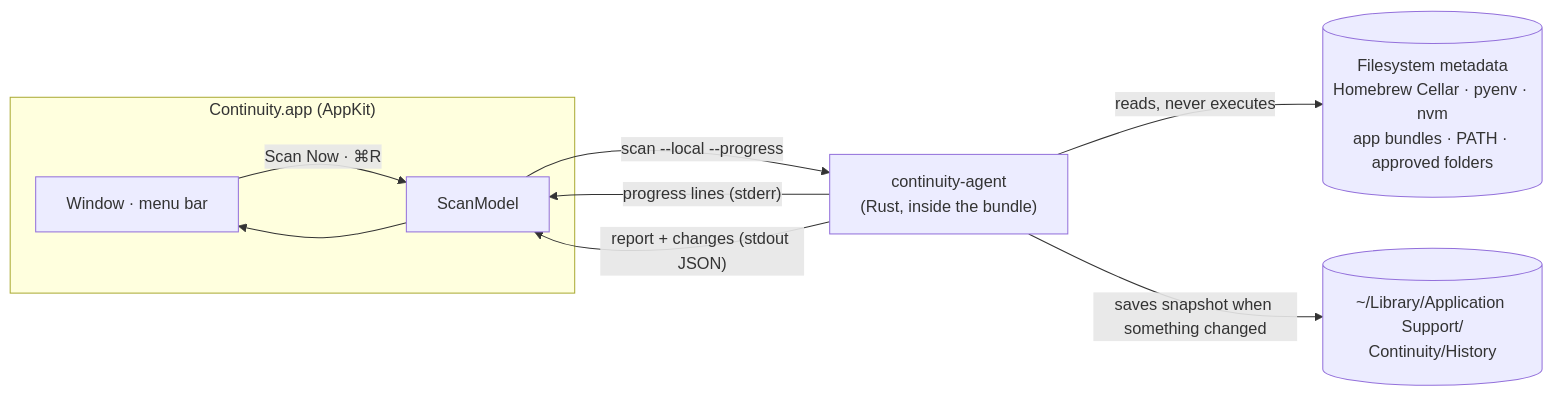
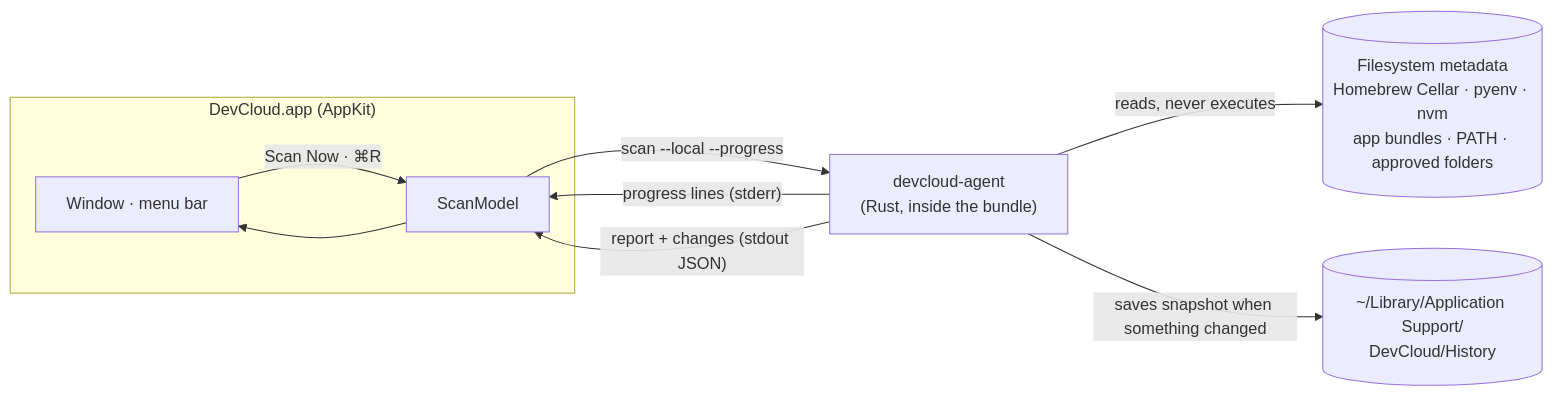
One commit to SaadNiaziDev/dev-cloud changed the first of 2 diagrams in README.md. Above: the diagram before and after it, drawn with Mermaid. The commit also changed other lines of this file and 49 other files, not shown here.

Commit message:
Rename Continuity to DevCloud

````diff
--- a/README.md
+++ b/README.md
@@ -23,18 +23,18 @@
 ```mermaid
 flowchart LR
-    subgraph App["Continuity.app (AppKit)"]
+    subgraph App["DevCloud.app (AppKit)"]
         UI["Window · menu bar"]
         Model["ScanModel"]
     end
-    Helper["continuity-agent<br/>(Rust, inside the bundle)"]
+    Helper["devcloud-agent<br/>(Rust, inside the bundle)"]
     FS[("Filesystem metadata<br/>Homebrew Cellar · pyenv · nvm<br/>app bundles · PATH · approved folders")]
-    History[("~/Library/Application Support/<br/>Continuity/History")]
+    History[("~/Library/Application Support/<br/>DevCloud/History")]
 
     UI -- "Scan Now · ⌘R" --> Model
     Model -- "scan --local --progress" --> Helper
     Helper -- "reads, never executes" --> FS
     Helper -- "progress lines (stderr)" --> Model
     Helper -- "report + changes (stdout JSON)" --> Model
     Helper -- "saves snapshot when something changed" --> History
     Model --> UI
 ```
````
